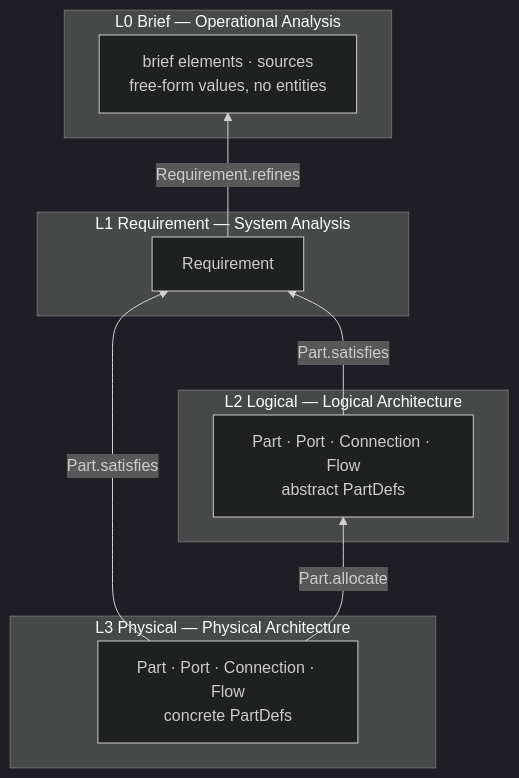
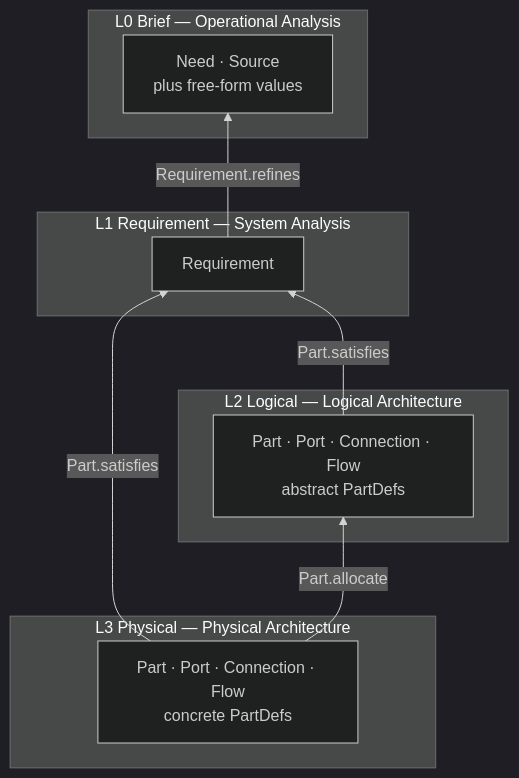
One commit to szantob/EventML changed the diagram in spec/01-layers.md. Above: the diagram before and after it, drawn with Mermaid (dark theme). The commit also changed other lines of this file and 1 other file, not shown here.

Commit message:
Point refine at a need, and give the answer relation a home

````diff
--- a/spec/01-layers.md
+++ b/spec/01-layers.md
@@ -20,20 +20,20 @@
 ```mermaid
 flowchart BT
     subgraph L3["L3 Physical — Physical Architecture"]
         P3["Part · Port · Connection · Flow<br/>concrete PartDefs"]
     end
     subgraph L2["L2 Logical — Logical Architecture"]
         P2["Part · Port · Connection · Flow<br/>abstract PartDefs"]
     end
     subgraph L1["L1 Requirement — System Analysis"]
         R["Requirement"]
     end
     subgraph L0["L0 Brief — Operational Analysis"]
-        B["brief elements · sources<br/>free-form values, no entities"]
+        B["Need · Source<br/>plus free-form values"]
     end
 
     P3 -->|"Part.allocate"| P2
     P3 -->|"Part.satisfies"| R
     P2 -->|"Part.satisfies"| R
     R -->|"Requirement.refines"| B
 ```
````
